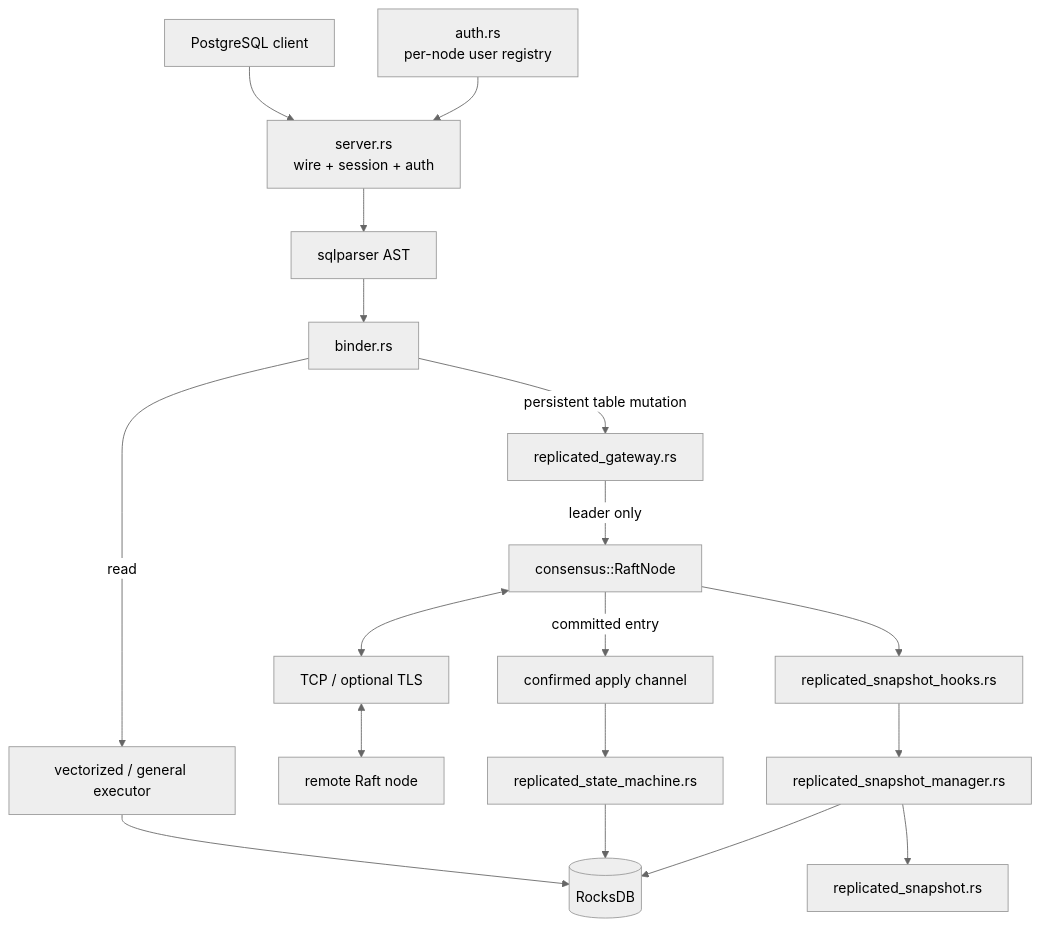
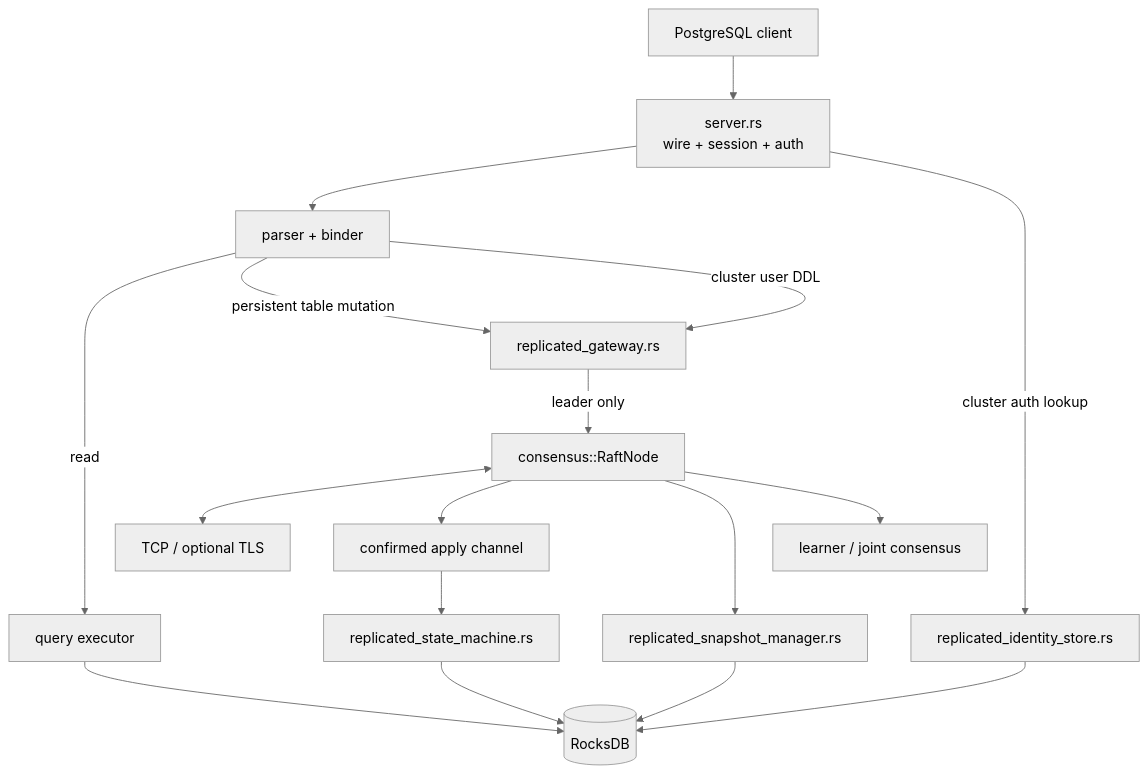
The diagram in docs/ARCHITECTURE.md (SaridakisStamatisChristos/Neuralbase), drawn with Mermaid (neutral theme) before and after one commit. The commit also changed other lines of this file and 18 other files, not shown here.

````diff
--- a/docs/ARCHITECTURE.md
+++ b/docs/ARCHITECTURE.md
@@ -19,24 +18,22 @@
 ```mermaid
 flowchart TD
     PSQL[PostgreSQL client] --> Server[server.rs\nwire + session + auth]
-    Server --> Parser[sqlparser AST]
-    Parser --> Binder[binder.rs]
-
-    Binder -->|read| Query[vectorized / general executor]
+    Server --> Binder[parser + binder]
+    Binder -->|read| Query[query executor]
     Query --> Rocks[(RocksDB)]
 
     Binder -->|persistent table mutation| Gateway[replicated_gateway.rs]
+    Binder -->|cluster user DDL| Gateway
     Gateway -->|leader only| Raft[consensus::RaftNode]
     Raft <--> Transport[TCP / optional TLS]
-    Transport <--> Peer[remote Raft node]
-    Raft -->|committed entry| Apply[confirmed apply channel]
+    Raft --> Apply[confirmed apply channel]
     Apply --> SM[replicated_state_machine.rs]
     SM --> Rocks
 
-    Raft --> SnapshotHooks[replicated_snapshot_hooks.rs]
-    SnapshotHooks --> SnapshotMgr[replicated_snapshot_manager.rs]
-    SnapshotMgr --> SnapshotCodec[replicated_snapshot.rs]
+    Server -->|cluster auth lookup| Identity[replicated_identity_store.rs]
+    Identity --> Rocks
+
+    Raft --> SnapshotMgr[replicated_snapshot_manager.rs]
     SnapshotMgr --> Rocks
-
-    Auth[auth.rs\nper-node user registry] --> Server
+    Raft --> Membership[learner / joint consensus]
 ```
````
